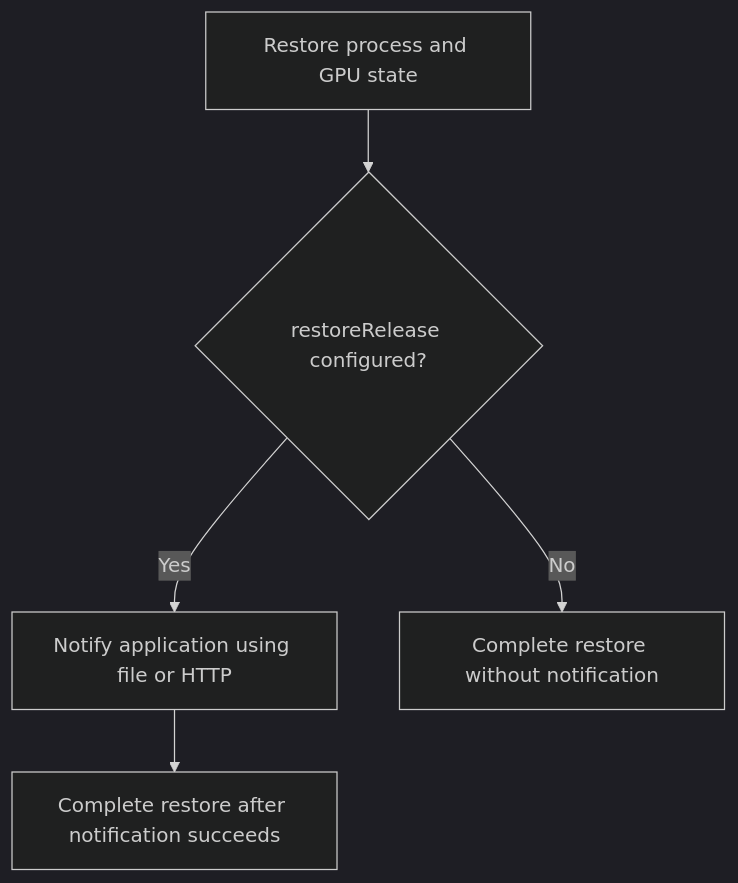
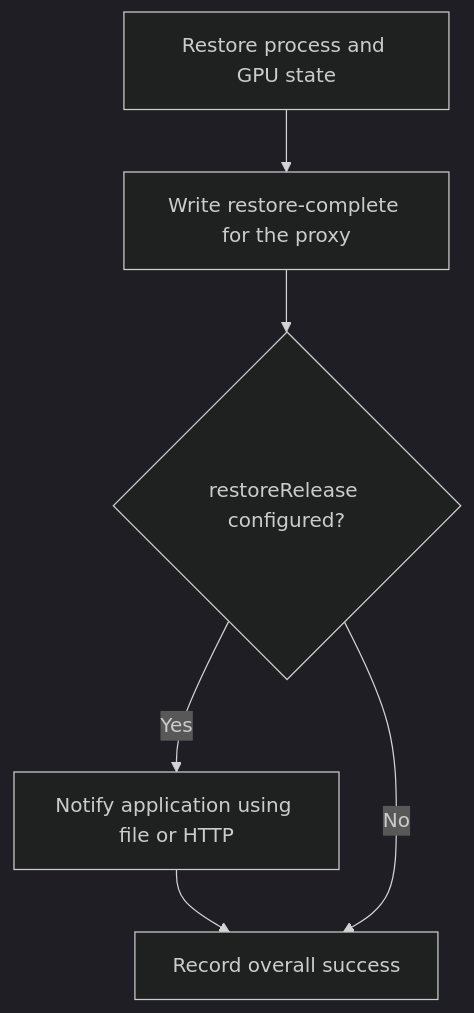
One commit to ai-dynamo/snapshot changed the second of 2 diagrams in docs/proposals/411-application-lifecycle-hooks/README.md. Above: the diagram before and after it, drawn with Mermaid (dark theme). The commit also changed other lines of this file, not shown here.

````diff
--- a/docs/proposals/411-application-lifecycle-hooks/README.md
+++ b/docs/proposals/411-application-lifecycle-hooks/README.md
@@ -375,7 +364,8 @@
 ```mermaid
 flowchart TD
-    A[Restore process and GPU state] --> B{restoreRelease configured?}
+    A[Restore process and GPU state] --> P[Write restore-complete for the proxy]
+    P --> B{restoreRelease configured?}
     B -->|Yes| C[Notify application using file or HTTP]
-    C --> D[Complete restore after notification succeeds]
-    B -->|No| E[Complete restore without notification]
+    C --> D[Record overall success]
+    B -->|No| D
 ```
````
